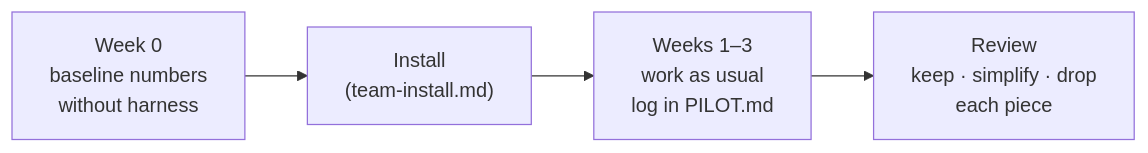
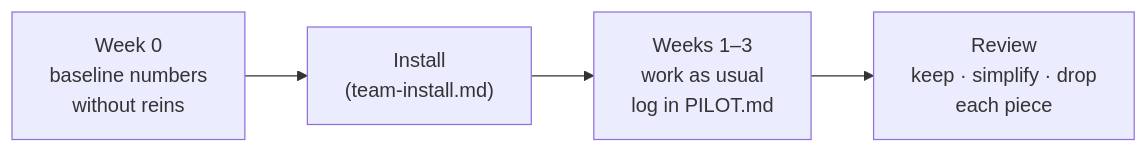
One commit to fredarcito/reins changed the diagram in docs/team-adoption.md. Above: the diagram before and after it, drawn with Mermaid. The commit also changed other lines of this file and 186 other files, not shown here.

````diff
--- a/docs/team-adoption.md
+++ b/docs/team-adoption.md
@@ -5,6 +5,6 @@
 ```mermaid
 flowchart LR
-    w0["Week 0<br/>baseline numbers<br/>without harness"] --> setup["Install<br/>(team-install.md)"]
+    w0["Week 0<br/>baseline numbers<br/>without reins"] --> setup["Install<br/>(team-install.md)"]
     setup --> w1["Weeks 1–3<br/>work as usual<br/>log in PILOT.md"]
     w1 --> review["Review<br/>keep · simplify · drop<br/>each piece"]
 ```
````
